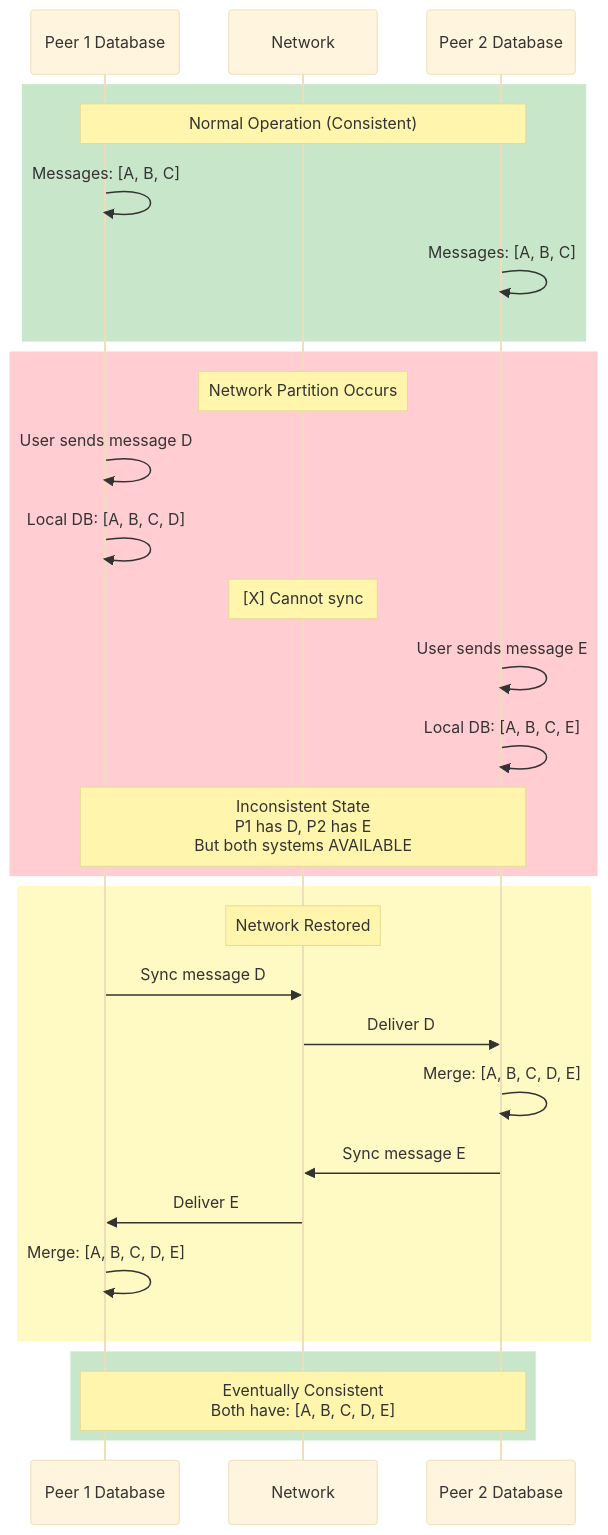
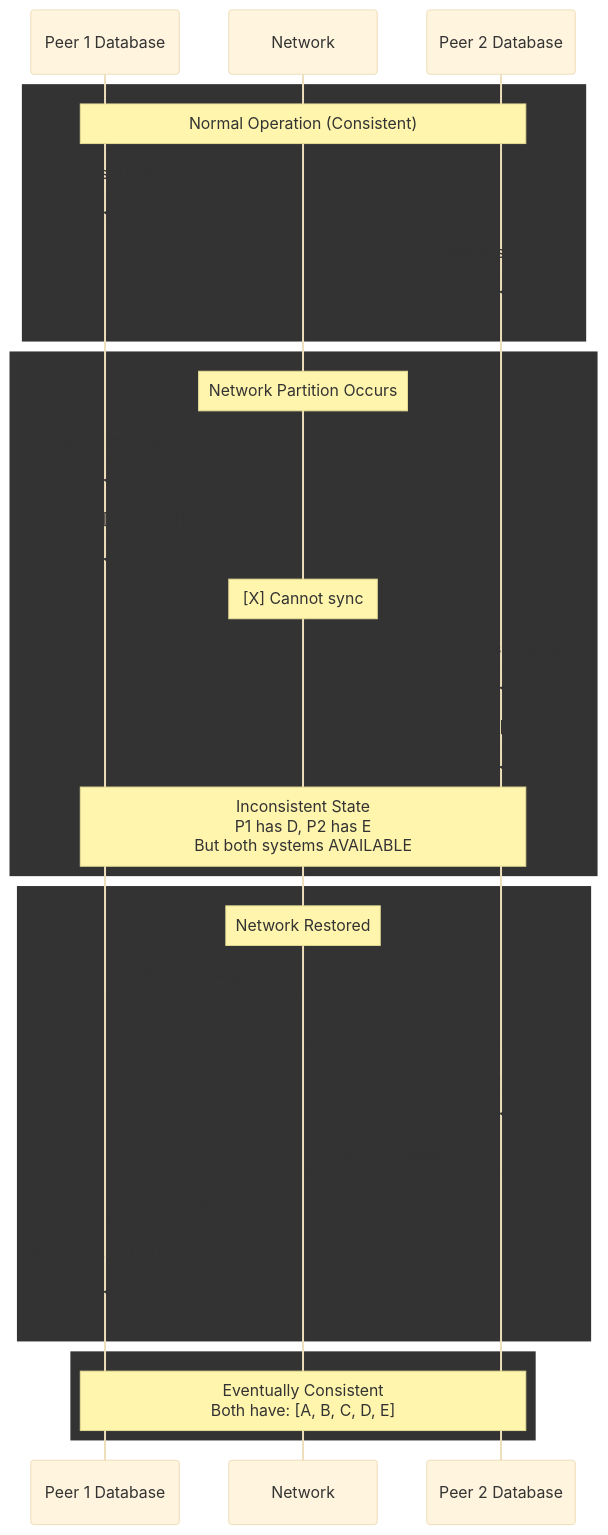
Before and after one commit to amr-kasem/distributed-systems-react-chat-peer: the eighth of 10 diagrams in reference_docs/DISTRIBUTED_SYSTEMS_DIAGRAMS.md, drawn with Mermaid (base theme). The commit also changed other lines of this file and 7 other files, not shown here.

Commit message:
solved issues with diagrams

````diff
--- a/reference_docs/DISTRIBUTED_SYSTEMS_DIAGRAMS.md
+++ b/reference_docs/DISTRIBUTED_SYSTEMS_DIAGRAMS.md
@@ -423,40 +423,40 @@
 ```mermaid
 sequenceDiagram
     participant P1_DB as Peer 1 Database
     participant Network
     participant P2_DB as Peer 2 Database
     
-    rect rgb(200, 230, 201)
+    rect rgb("200, 230, 201")
         Note over P1_DB,P2_DB: Normal Operation (Consistent)
         P1_DB->>P1_DB: Messages: [A, B, C]
         P2_DB->>P2_DB: Messages: [A, B, C]
     end
     
-    rect rgb(255, 205, 210)
+    rect rgb("255, 205, 210")
         Note over Network: Network Partition Occurs
         P1_DB->>P1_DB: User sends message D
         P1_DB->>P1_DB: Local DB: [A, B, C, D]
         
         Note over Network: [X] Cannot sync
         
         P2_DB->>P2_DB: User sends message E
         P2_DB->>P2_DB: Local DB: [A, B, C, E]
         
         Note over P1_DB,P2_DB: Inconsistent State<br/>P1 has D, P2 has E<br/>But both systems AVAILABLE
     end
     
-    rect rgb(255, 249, 196)
+    rect rgb("255, 249, 196")
         Note over Network: Network Restored
         P1_DB->>Network: Sync message D
         Network->>P2_DB: Deliver D
         P2_DB->>P2_DB: Merge: [A, B, C, D, E]
         
         P2_DB->>Network: Sync message E
         Network->>P1_DB: Deliver E
         P1_DB->>P1_DB: Merge: [A, B, C, D, E]
     end
     
-    rect rgb(200, 230, 201)
+    rect rgb("200, 230, 201")
         Note over P1_DB,P2_DB: Eventually Consistent<br/>Both have: [A, B, C, D, E]
     end
 ```
````
